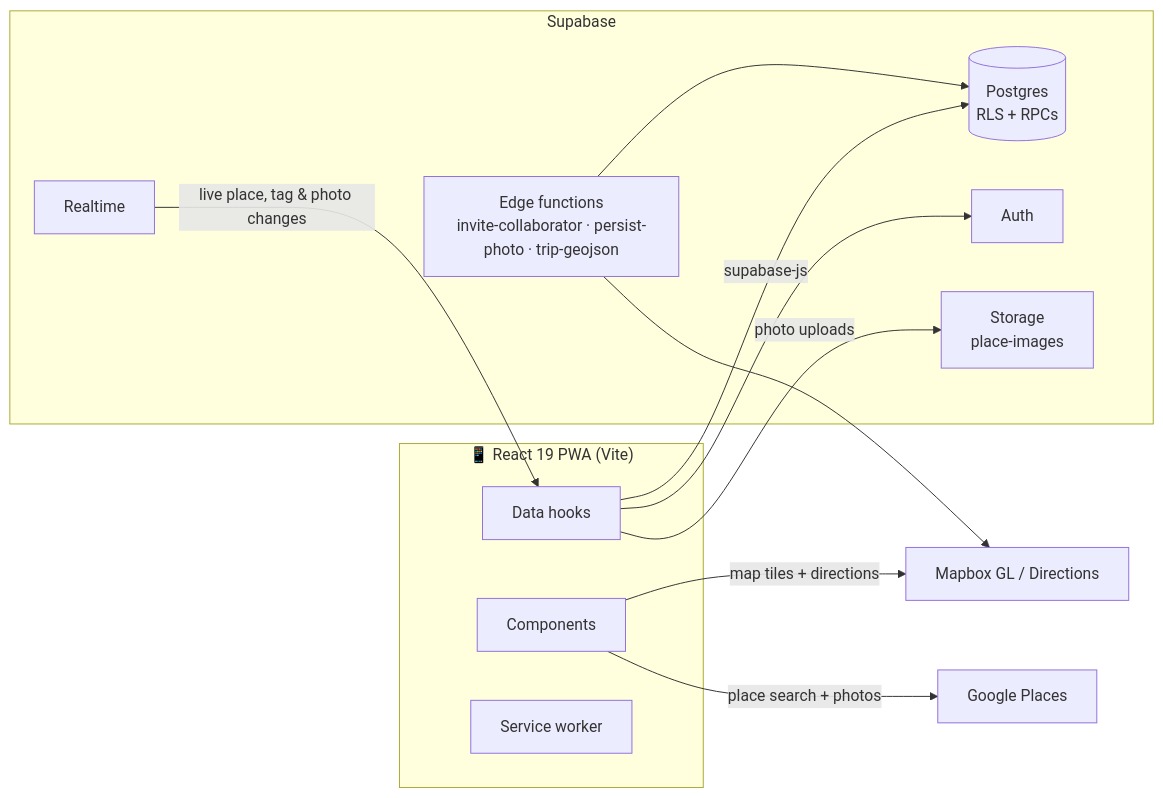
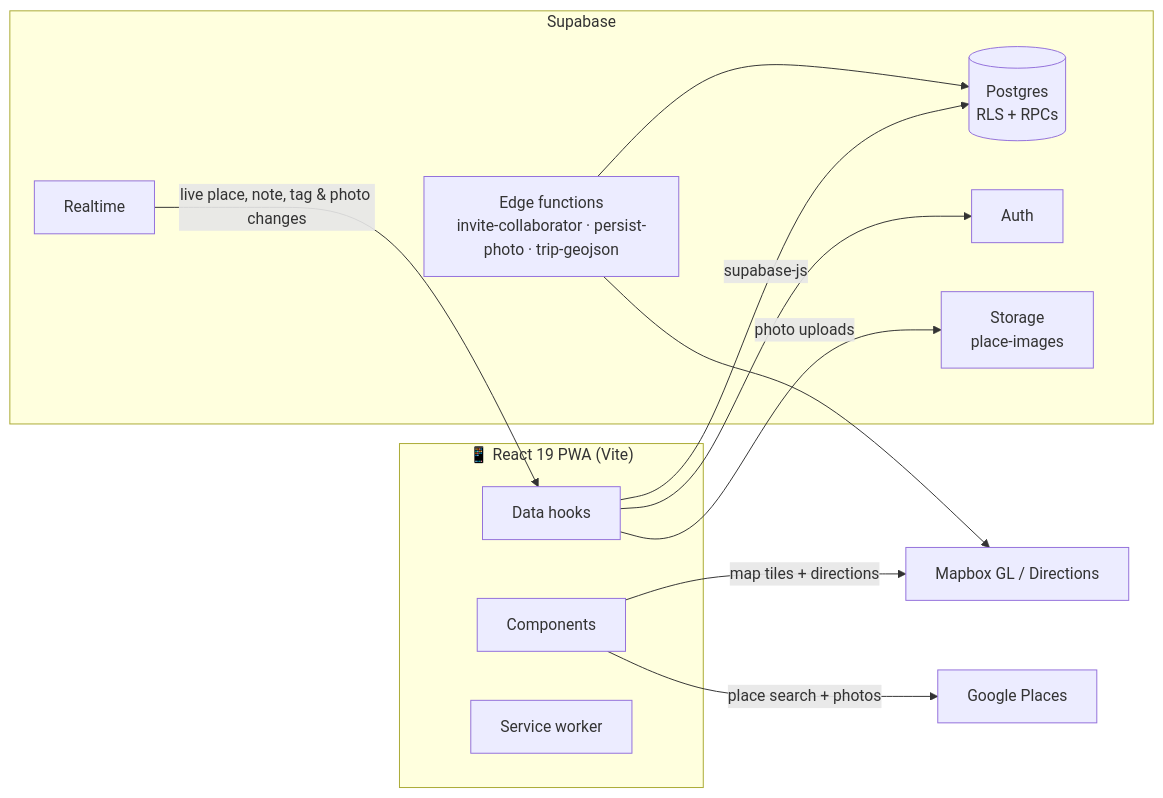
Before and after one commit to thkleinert/cairn: the diagram in README.md, drawn with Mermaid. The commit also changed other lines of this file, not shown here.

````diff
--- a/README.md
+++ b/README.md
@@ -261,23 +274,23 @@
 ```mermaid
 flowchart LR
     subgraph Client["📱 React 19 PWA (Vite)"]
         UI[Components]
         Hooks[Data hooks]
         SW[Service worker]
     end
     subgraph Supabase
         PG[(Postgres<br/>RLS + RPCs)]
         Auth[Auth]
         RT[Realtime]
         ST[Storage<br/>place-images]
         EF[Edge functions<br/>invite-collaborator · persist-photo · trip-geojson]
     end
     Hooks -->|supabase-js| PG
     Hooks --> Auth
-    RT -->|live place, tag & photo changes| Hooks
+    RT -->|live place, note, tag & photo changes| Hooks
     Hooks -->|photo uploads| ST
     UI -->|map tiles + directions| MB[Mapbox GL / Directions]
     UI -->|place search + photos| GP[Google Places]
     EF --> PG
     EF --> MB
 ```
````
